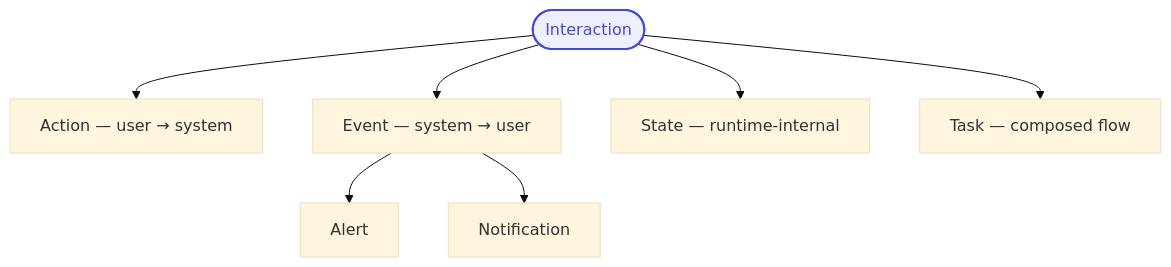
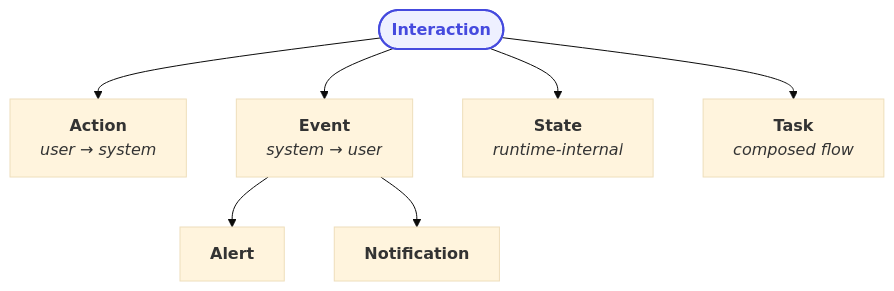
One commit to yaneczech/SIA changed the second of 3 diagrams in 03_WiP-AutomotiveUI2026.md. Above: the diagram before and after it, drawn with Mermaid (base theme). The commit also changed other lines of this file and 13 other files, not shown here.

````diff
--- a/03_WiP-AutomotiveUI2026.md
+++ b/03_WiP-AutomotiveUI2026.md
@@ -94,15 +110,15 @@
 ```mermaid
 graph TB
-    I(["Interaction"])
-    A["Action — user → system"]
-    E["Event — system → user"]
-    S["State — runtime-internal"]
-    T["Task — composed flow"]
-    AL["Alert"]
-    N["Notification"]
+    I(["<b>Interaction</b>"])
+    A["<b>Action</b><br/><i>user → system</i>"]
+    E["<b>Event</b><br/><i>system → user</i>"]
+    S["<b>State</b><br/><i>runtime-internal</i>"]
+    T["<b>Task</b><br/><i>composed flow</i>"]
+    AL["<b>Alert</b>"]
+    N["<b>Notification</b>"]
 
     I --> A & E & S & T
     E --> AL & N
 
     style I fill:#eef0ff,stroke:#454ADE,stroke-width:2px,color:#454ADE
 ```
````
